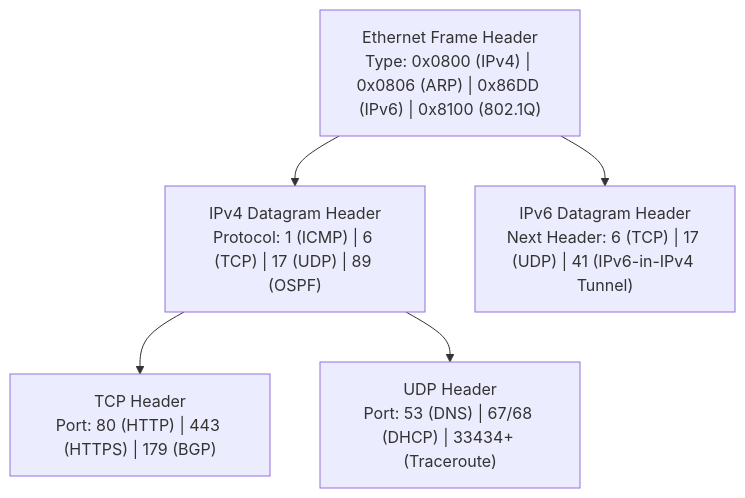
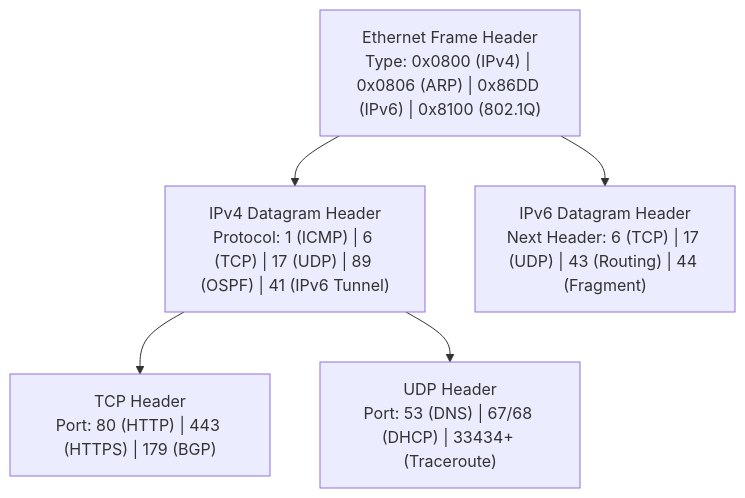
The diagram in CSE 4411/Final/00 - CSE 4411 Final Exam Master Blueprint & Formula Sheet.md (SMTEmon/2-2), drawn with Mermaid before and after one commit. The commit also changed other lines of this file and 58 other files, not shown here.

````diff
--- a/CSE 4411/Final/00 - CSE 4411 Final Exam Master Blueprint & Formula Sheet.md
+++ b/CSE 4411/Final/00 - CSE 4411 Final Exam Master Blueprint & Formula Sheet.md
@@ -96,10 +88,10 @@
 ```mermaid
 flowchart TD
     Eth["Ethernet Frame Header<br>Type: 0x0800 (IPv4) | 0x0806 (ARP) | 0x86DD (IPv6) | 0x8100 (802.1Q)"]
     
-    Eth --> IPv4["IPv4 Datagram Header<br>Protocol: 1 (ICMP) | 6 (TCP) | 17 (UDP) | 89 (OSPF)"]
-    Eth --> IPv6["IPv6 Datagram Header<br>Next Header: 6 (TCP) | 17 (UDP) | 41 (IPv6-in-IPv4 Tunnel)"]
+    Eth --> IPv4["IPv4 Datagram Header<br>Protocol: 1 (ICMP) | 6 (TCP) | 17 (UDP) | 89 (OSPF) | 41 (IPv6 Tunnel)"]
+    Eth --> IPv6["IPv6 Datagram Header<br>Next Header: 6 (TCP) | 17 (UDP) | 43 (Routing) | 44 (Fragment)"]
     
     IPv4 --> TCP["TCP Header<br>Port: 80 (HTTP) | 443 (HTTPS) | 179 (BGP)"]
     IPv4 --> UDP["UDP Header<br>Port: 53 (DNS) | 67/68 (DHCP) | 33434+ (Traceroute)"]
 ```
````
